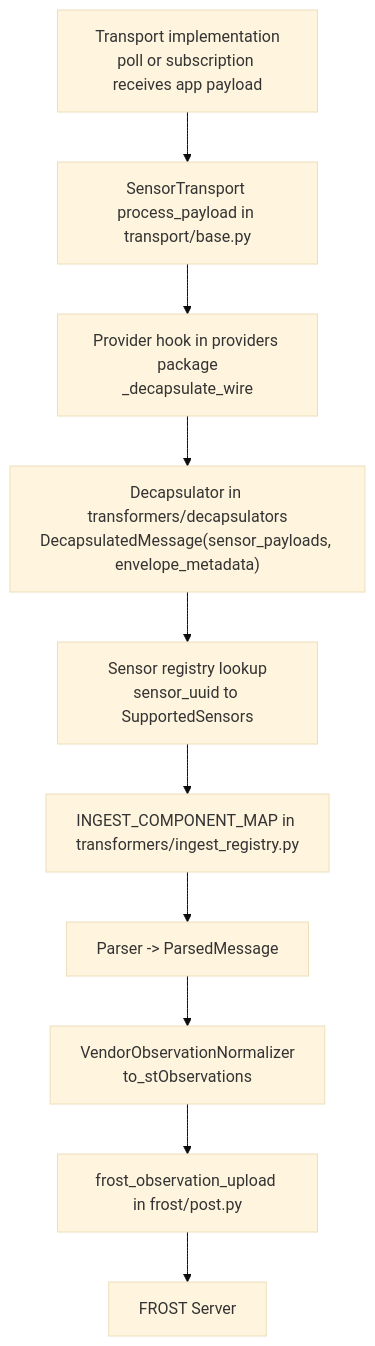
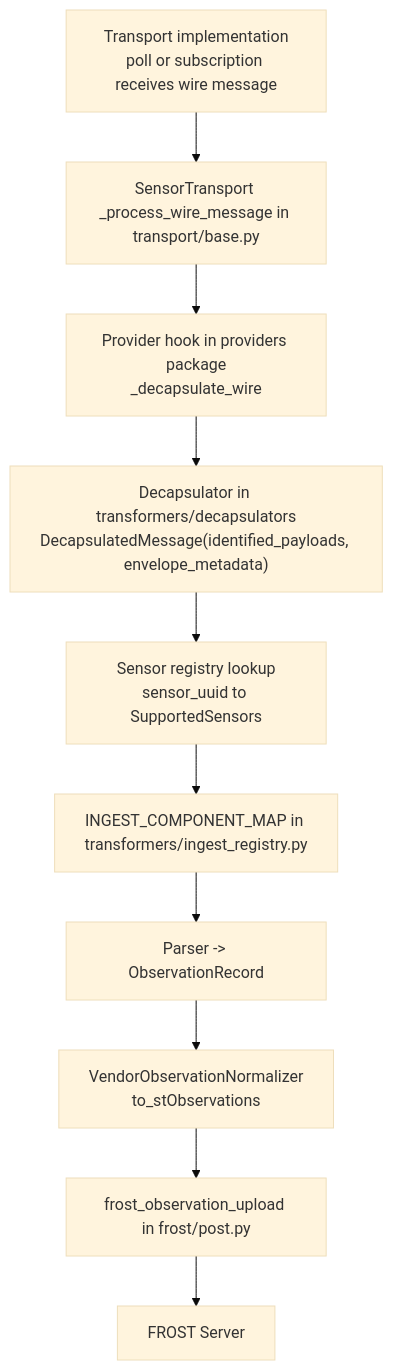
One commit to justinschembri/rime changed the diagram in src/rime/README.md. Above: the diagram before and after it, drawn with Mermaid (base theme). The commit also changed other lines of this file and 38 other files, not shown here.

````diff
--- a/src/rime/README.md
+++ b/src/rime/README.md
@@ -11,12 +11,12 @@
 ```mermaid
 flowchart TD
-    A["Transport implementation<br/>poll or subscription receives app payload"] --> B["SensorTransport process_payload in transport/base.py"]
+    A["Transport implementation<br/>poll or subscription receives wire message"] --> B["SensorTransport _process_wire_message in transport/base.py"]
     B --> C["Provider hook in providers package<br/>_decapsulate_wire"]
-    C --> D["Decapsulator in transformers/decapsulators<br/>DecapsulatedMessage(sensor_payloads, envelope_metadata)"]
+    C --> D["Decapsulator in transformers/decapsulators<br/>DecapsulatedMessage(identified_payloads, envelope_metadata)"]
     D --> E["Sensor registry lookup<br/>sensor_uuid to SupportedSensors"]
     E --> F["INGEST_COMPONENT_MAP in transformers/ingest_registry.py"]
-    F --> G["Parser -> ParsedMessage"]
+    F --> G["Parser -> ObservationRecord"]
     G --> H["VendorObservationNormalizer<br/>to_stObservations"]
     H --> I["frost_observation_upload in frost/post.py"]
     I --> J["FROST Server"]
 ```
````
